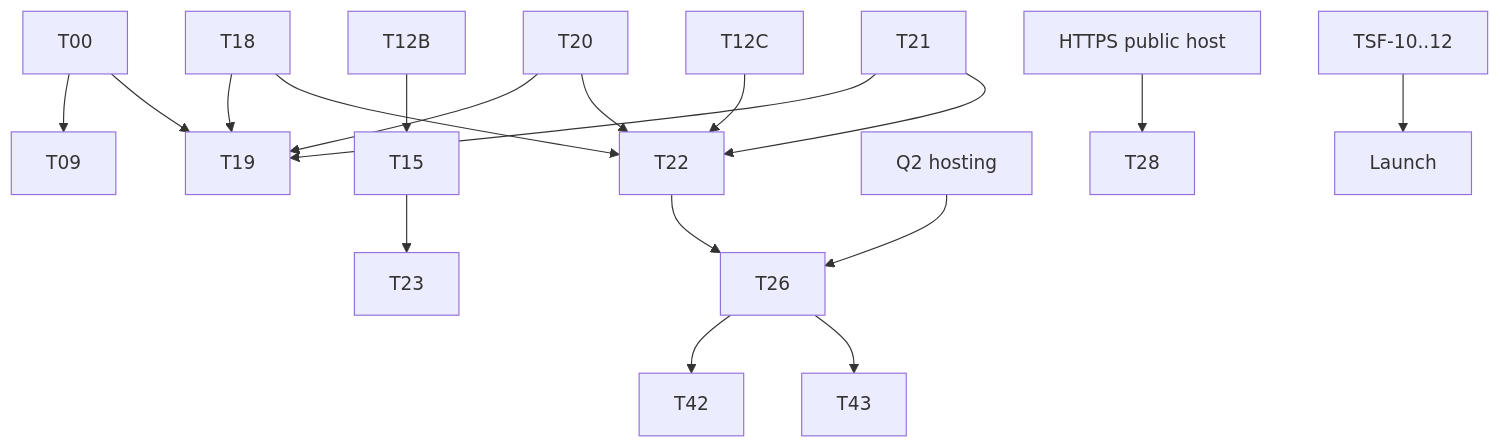
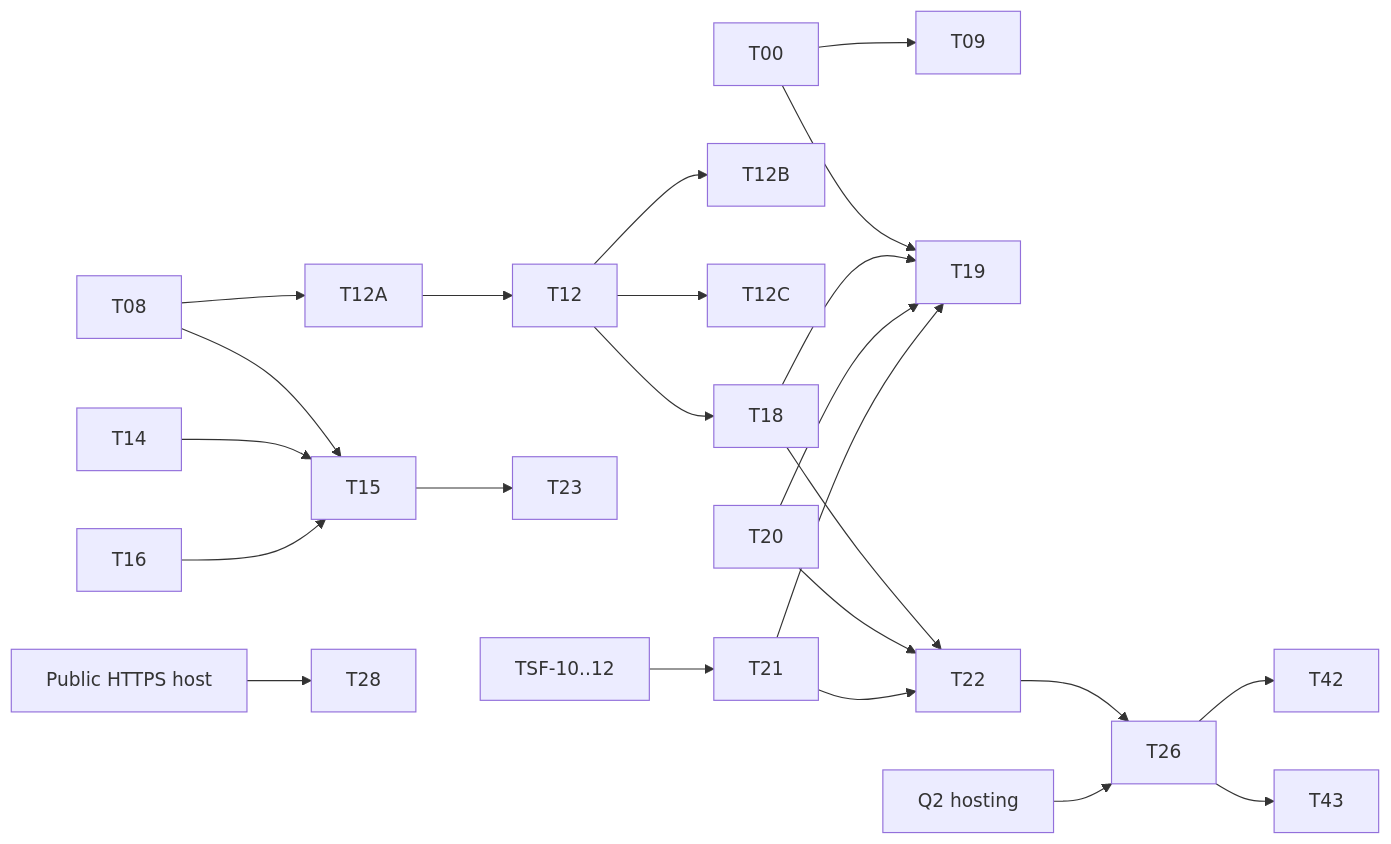
The diagram in docs/MVP-ROADMAP.md (Narote-Dev/ThaiShopFun-OMS), drawn with Mermaid before and after one commit. The commit also changed other lines of this file and 1 other file, not shown here.

Commit message:
docs: round 2 PR #22 roadmap fixes (API routing, internal clients, counts)

````diff
--- a/docs/MVP-ROADMAP.md
+++ b/docs/MVP-ROADMAP.md
@@ -128,17 +128,16 @@
 ```mermaid
-flowchart TB
+flowchart LR
   T00 --> T09
   T00 --> T19
-  T12B --> T15
-  T12C --> T22
+  T08 --> T12A --> T12
+  T12 --> T12B & T12C & T18
+  T08 & T14 & T16 --> T15
   T15 --> T23
-  T18 --> T19
-  T20 --> T19
-  T21 --> T19
   T18 & T20 & T21 --> T22
+  T18 & T20 & T21 --> T19
   T22 --> T26
   T26 --> T42 & T43
   Q2[Q2 hosting] --> T26
-  HOST[HTTPS public host] --> T28
-  TSF10[TSF-10..12] --> Launch
+  HOST[Public HTTPS host] --> T28
+  TSF1012[TSF-10..12] --> T21
 ```
````
